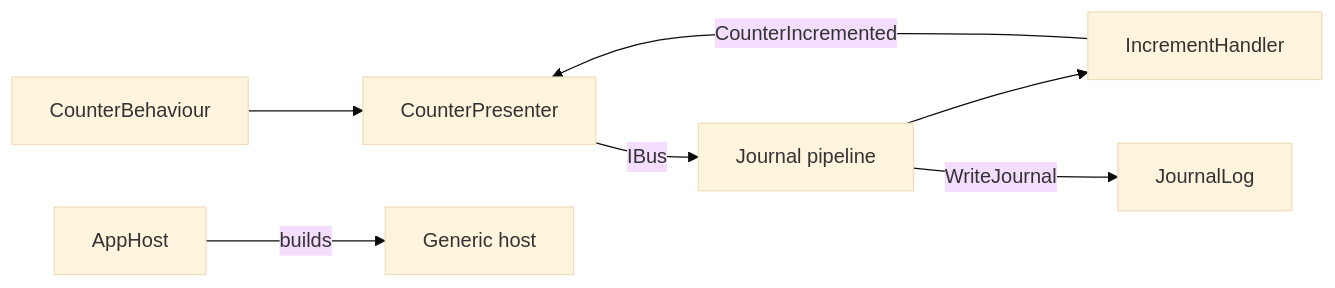
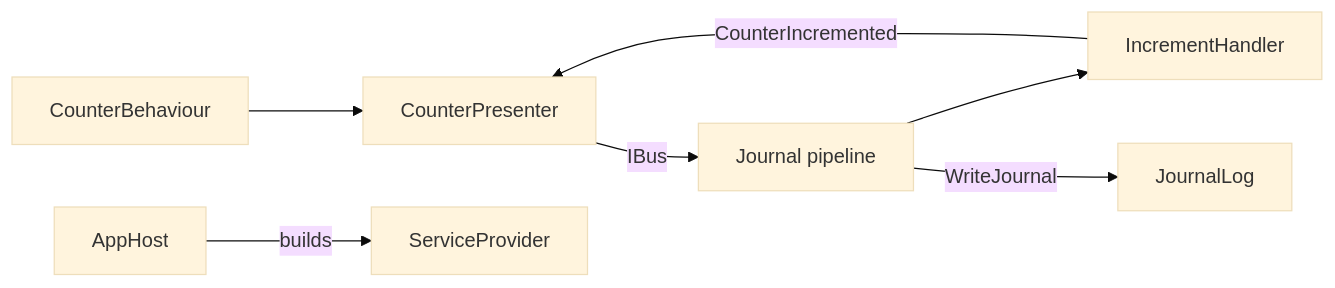
One commit to MgCohen/vsa-consumer-unity changed the diagram in README.md. Above: the diagram before and after it, drawn with Mermaid (base theme). The commit also changed other lines of this file and 34 other files, not shown here.

````diff
--- a/README.md
+++ b/README.md
@@ -9,9 +9,9 @@
 ```mermaid
 flowchart LR
     B[CounterBehaviour] --> P[CounterPresenter]
     P -->|IBus| J[Journal pipeline]
     J --> IH[IncrementHandler]
     IH -->|CounterIncremented| P
     J -->|WriteJournal| L[JournalLog]
-    A[AppHost] -->|builds| H[Generic host]
+    A[AppHost] -->|builds| H[ServiceProvider]
 ```
````
